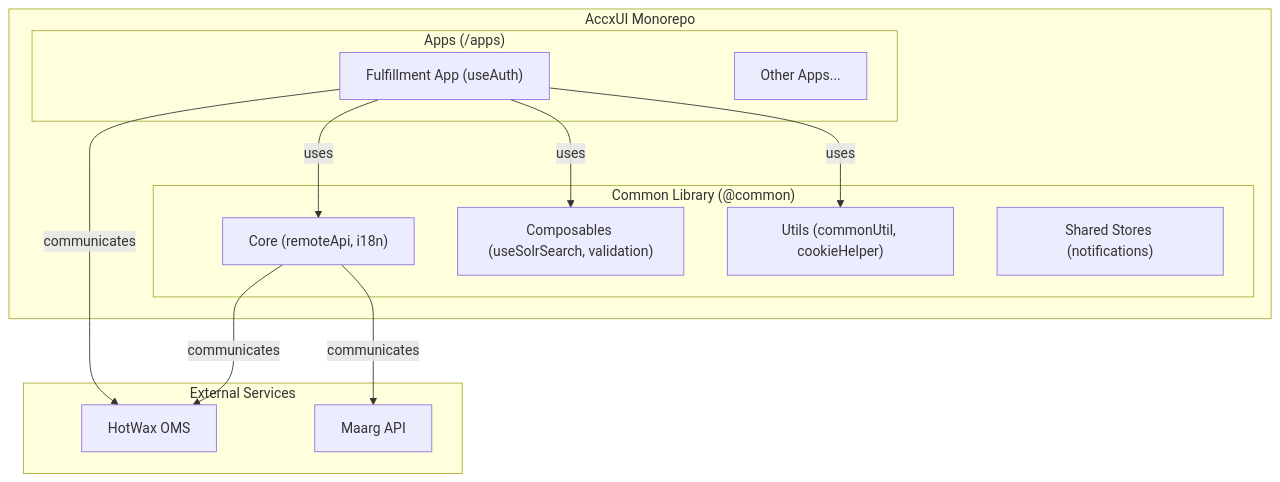
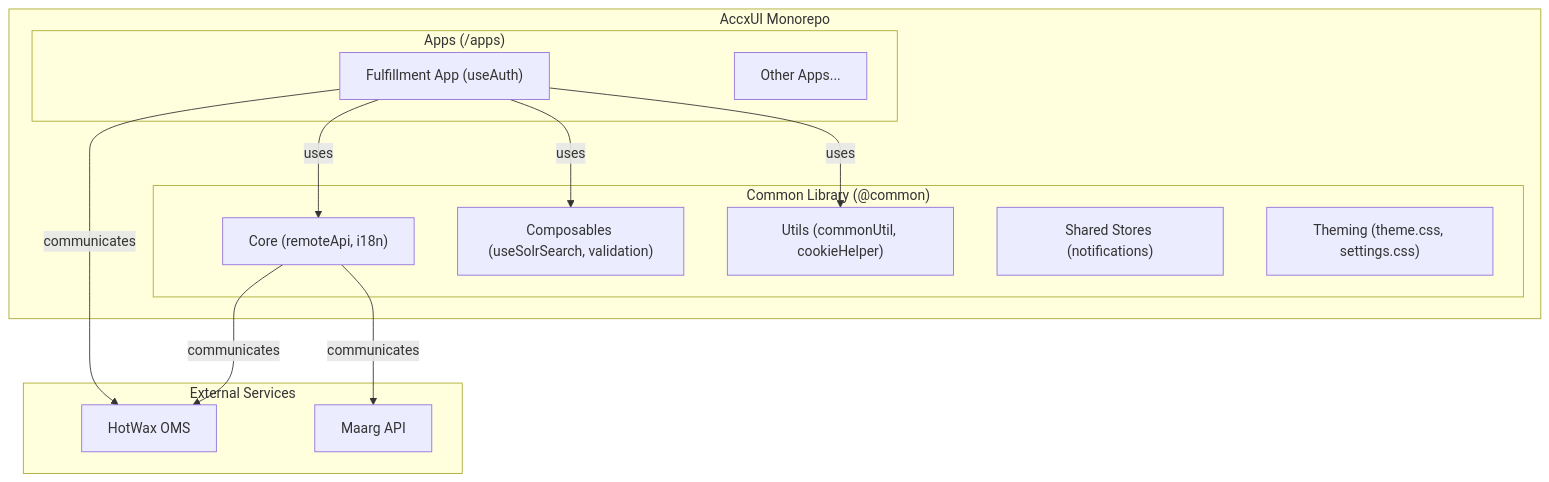
Before and after one commit to hotwax/accxui: the first of 3 diagrams in docs/ACCXUI_ARCHITECTURE.md, drawn with Mermaid. The commit also changed other lines of this file, not shown here.

Commit message:
Updated themes related section as css files are added in accxui instead of using npm package.

````diff
--- a/docs/ACCXUI_ARCHITECTURE.md
+++ b/docs/ACCXUI_ARCHITECTURE.md
@@ -37,28 +37,29 @@
 ```mermaid
 graph TD
     subgraph "AccxUI Monorepo"
         subgraph "Apps (/apps)"
             Fulfillment["Fulfillment App (useAuth)"]
             OtherApp["Other Apps..."]
         end
         
         subgraph "Common Library (@common)"
             Core["Core (remoteApi, i18n)"]
             Composables["Composables (useSolrSearch, validation)"]
             Utils["Utils (commonUtil, cookieHelper)"]
             Stores["Shared Stores (notifications)"]
+            Theme["Theming (theme.css, settings.css)"]
         end
     end
     
     subgraph "External Services"
         OMS["HotWax OMS"]
         Maarg["Maarg API"]
     end
     
     Fulfillment -->|uses| Core
     Fulfillment -->|uses| Composables
     Fulfillment -->|uses| Utils
     Fulfillment -->|communicates| OMS
     Core -->|communicates| Maarg
     Core -->|communicates| OMS
 ```
````
